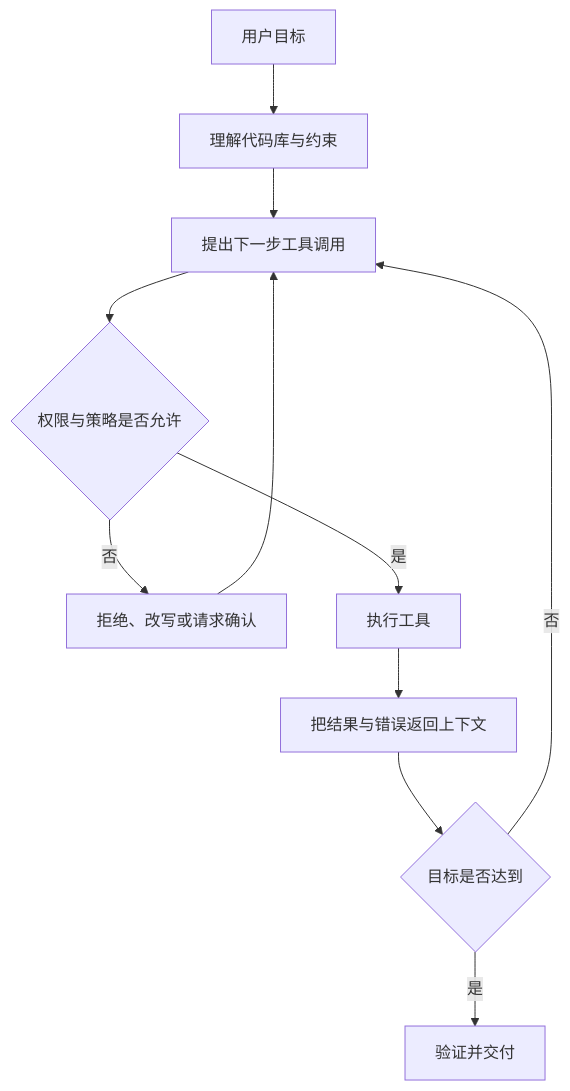
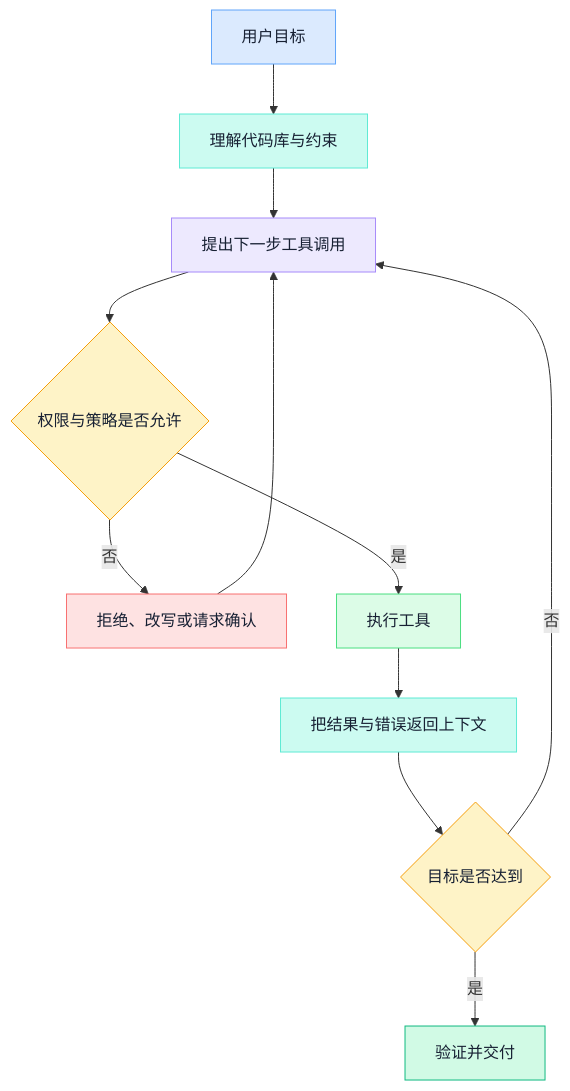
One commit to ink-hz/AI-Agent-Platform changed the second of 3 diagrams in backend/app/ai_notes/content/03-tools-and-frameworks/01-claude-code-architecture.md. Above: the diagram before and after it, drawn with Mermaid. The commit also changed other lines of this file and 2 other files, not shown here.

Commit message:
docs: clarify Claude Code architecture visually

````diff
--- a/backend/app/ai_notes/content/03-tools-and-frameworks/01-claude-code-architecture.md
+++ b/backend/app/ai_notes/content/03-tools-and-frameworks/01-claude-code-architecture.md
@@ -38,13 +84,28 @@
 ```mermaid
 flowchart TD
     A[用户目标] --> B[理解代码库与约束]
     B --> C[提出下一步工具调用]
     C --> D{权限与策略是否允许}
     D -->|否| E[拒绝、改写或请求确认]
     D -->|是| F[执行工具]
     F --> G[把结果与错误返回上下文]
     G --> H{目标是否达到}
     H -->|否| C
     H -->|是| I[验证并交付]
     E --> C
+
+    classDef input fill:#DBEAFE,stroke:#60A5FA,color:#172033;
+    classDef model fill:#EDE9FE,stroke:#A78BFA,color:#172033;
+    classDef data fill:#CCFBF1,stroke:#5EEAD4,color:#172033;
+    classDef policy fill:#FEF3C7,stroke:#F59E0B,color:#172033;
+    classDef tool fill:#DCFCE7,stroke:#4ADE80,color:#172033;
+    classDef success fill:#D1FAE5,stroke:#10B981,color:#172033;
+    classDef risk fill:#FEE2E2,stroke:#F87171,color:#172033;
+    class A input;
+    class B,G data;
+    class C model;
+    class D,H policy;
+    class F tool;
+    class I success;
+    class E risk;
 ```
````
